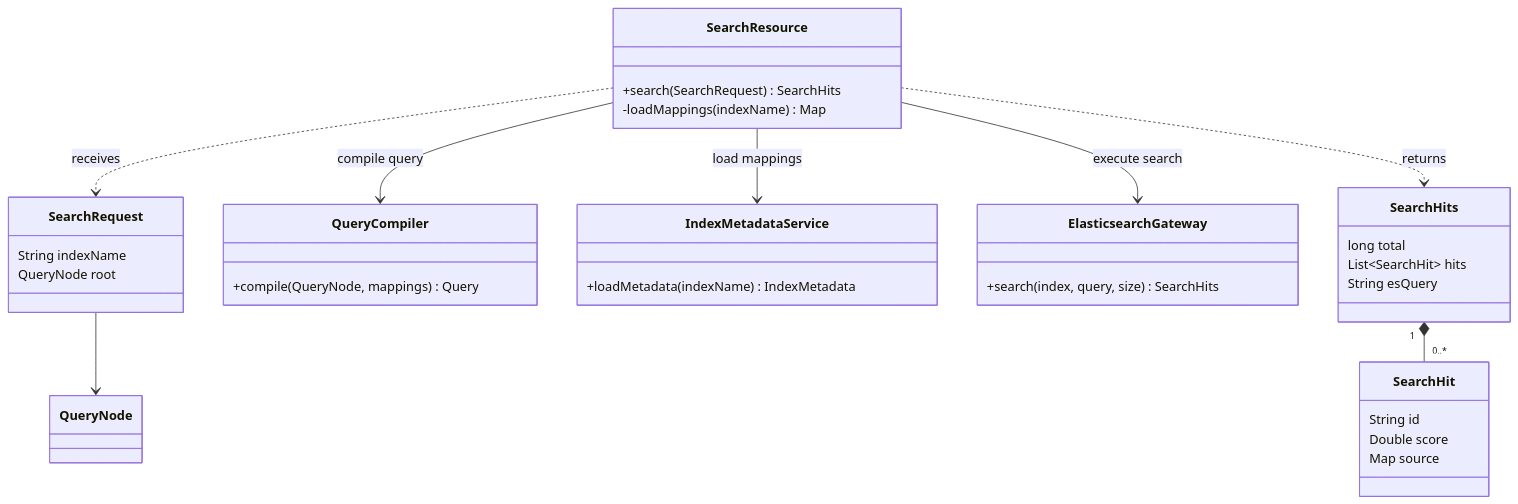
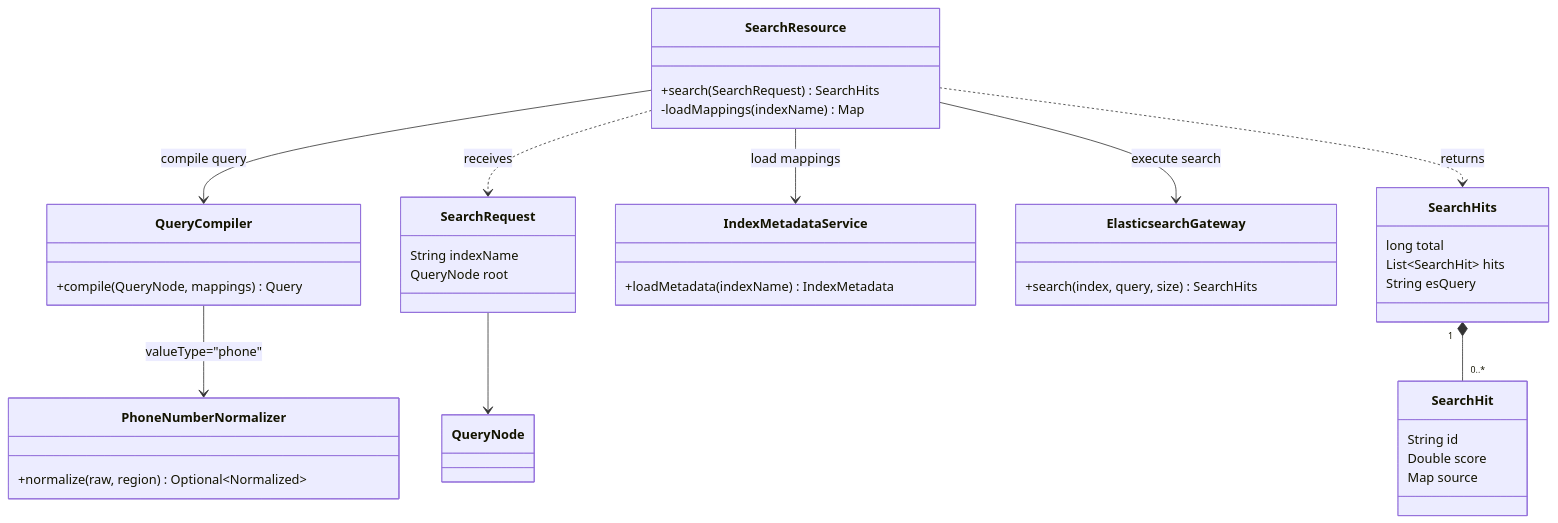
One commit to psjobergprivat/elastic-lab changed the second of 4 diagrams in architecture/search-flow-overview.md. Above: the diagram before and after it, drawn with Mermaid. The commit also changed other lines of this file and 14 other files, not shown here.

````diff
--- a/architecture/search-flow-overview.md
+++ b/architecture/search-flow-overview.md
@@ -32,40 +32,44 @@
 ```mermaid
 classDiagram
     direction TB
 
     class SearchResource {
         +search(SearchRequest) SearchHits
         -loadMappings(indexName) Map
     }
     class SearchRequest {
         String indexName
         QueryNode root
     }
     class QueryCompiler {
         +compile(QueryNode, mappings) Query
+    }
+    class PhoneNumberNormalizer {
+        +normalize(raw, region) Optional~Normalized~
     }
     class IndexMetadataService {
         +loadMetadata(indexName) IndexMetadata
     }
     class ElasticsearchGateway {
         +search(index, query, size) SearchHits
     }
     class SearchHits {
         long total
         List~SearchHit~ hits
         String esQuery
     }
     class SearchHit {
         String id
         Double score
         Map source
     }
 
     SearchResource --> QueryCompiler : compile query
     SearchResource --> IndexMetadataService : load mappings
     SearchResource --> ElasticsearchGateway : execute search
     SearchResource ..> SearchRequest : receives
     SearchResource ..> SearchHits : returns
     SearchHits "1" *-- "0..*" SearchHit
     SearchRequest --> QueryNode
+    QueryCompiler --> PhoneNumberNormalizer : valueType="phone"
 ```
````
